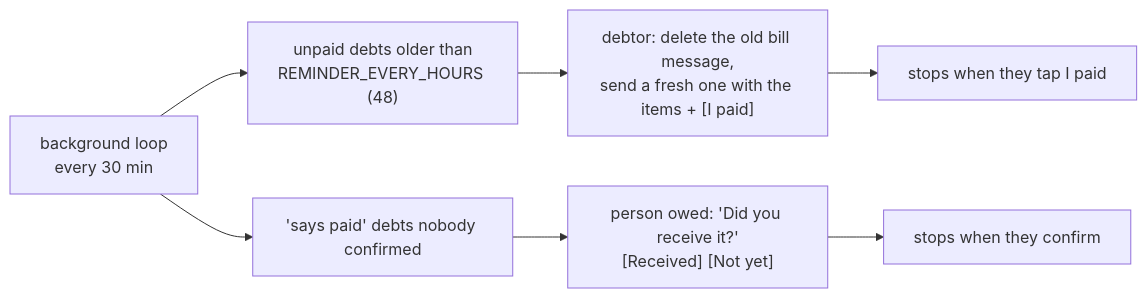
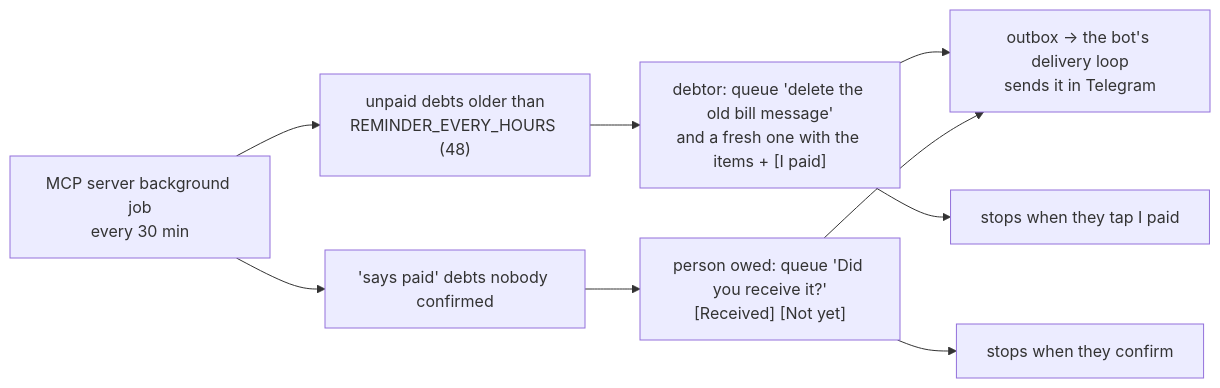
Before and after one commit to yeturu-surya-fission/Expense_Tracker: diagram 11 of 12 in docs/FLOWS.md, drawn with Mermaid. The commit also changed other lines of this file and 132 other files, not shown here.

````diff
--- a/docs/FLOWS.md
+++ b/docs/FLOWS.md
@@ -278,9 +299,11 @@
 ```mermaid
 flowchart LR
-    LOOP["background loop<br/>every 30 min"] --> Q["unpaid debts older than<br/>REMINDER_EVERY_HOURS (48)"]
-    Q --> D["debtor: delete the old bill message,<br/>send a fresh one with the items + [I paid]"]
+    LOOP["MCP server background job<br/>every 30 min"] --> Q["unpaid debts older than<br/>REMINDER_EVERY_HOURS (48)"]
+    Q --> D["debtor: queue 'delete the old bill message'<br/>and a fresh one with the items + [I paid]"]
     LOOP --> Q2["'says paid' debts nobody confirmed"]
-    Q2 --> C["person owed: 'Did you receive it?'<br/>[Received] [Not yet]"]
+    Q2 --> C["person owed: queue 'Did you receive it?'<br/>[Received] [Not yet]"]
+    D --> OBX["outbox → the bot's delivery loop<br/>sends it in Telegram"]
+    C --> OBX
     D --> STOP["stops when they tap I paid"]
     C --> STOP2["stops when they confirm"]
 ```
````
